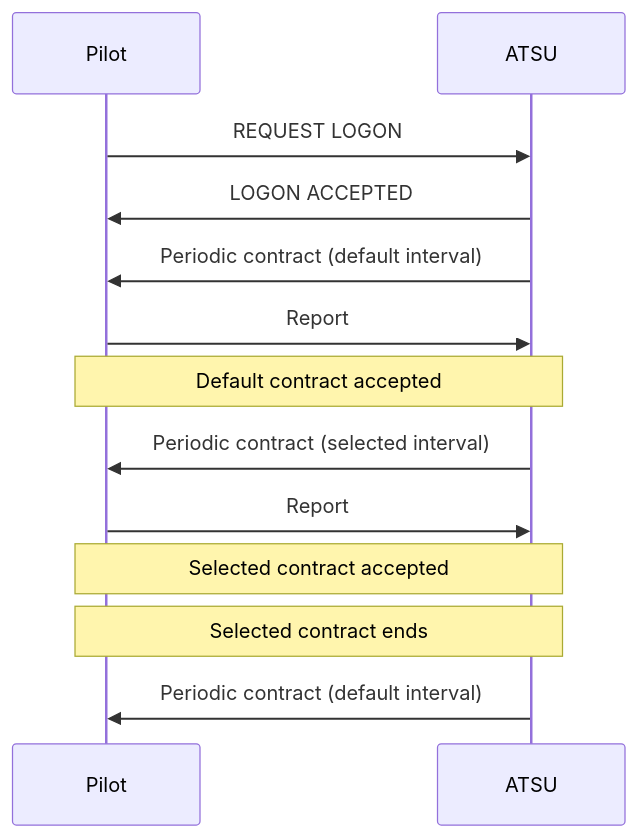
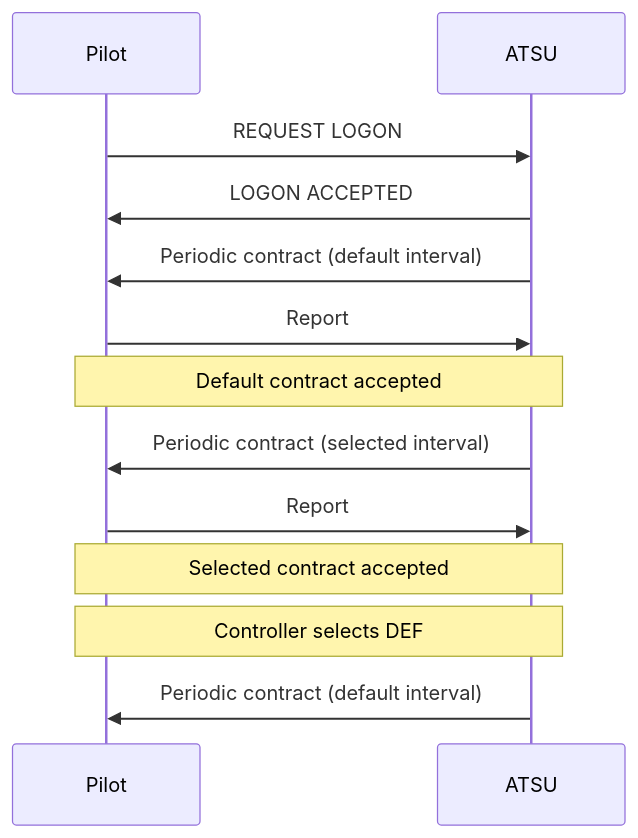
Before and after one commit to YuKitsune/CPDLCPlugin: the sixth of 6 diagrams in docs/docs/concepts/index.md, drawn with Mermaid. The commit also changed other lines of this file and 75 other files, not shown here.

````diff
--- a/docs/docs/concepts/index.md
+++ b/docs/docs/concepts/index.md
@@ -285,16 +285,16 @@
 ```mermaid
 sequenceDiagram
     participant Pilot
     participant ATSU
 
     Pilot->>ATSU: REQUEST LOGON
     ATSU->>Pilot: LOGON ACCEPTED
     ATSU->>Pilot: Periodic contract (default interval)
     Pilot->>ATSU: Report
     Note over ATSU,Pilot: Default contract accepted
     ATSU->>Pilot: Periodic contract (selected interval)
     Pilot->>ATSU: Report
     Note over ATSU,Pilot: Selected contract accepted
-    Note over ATSU,Pilot: Selected contract ends
+    Note over ATSU,Pilot: Controller selects DEF
     ATSU->>Pilot: Periodic contract (default interval)
 ```
````
